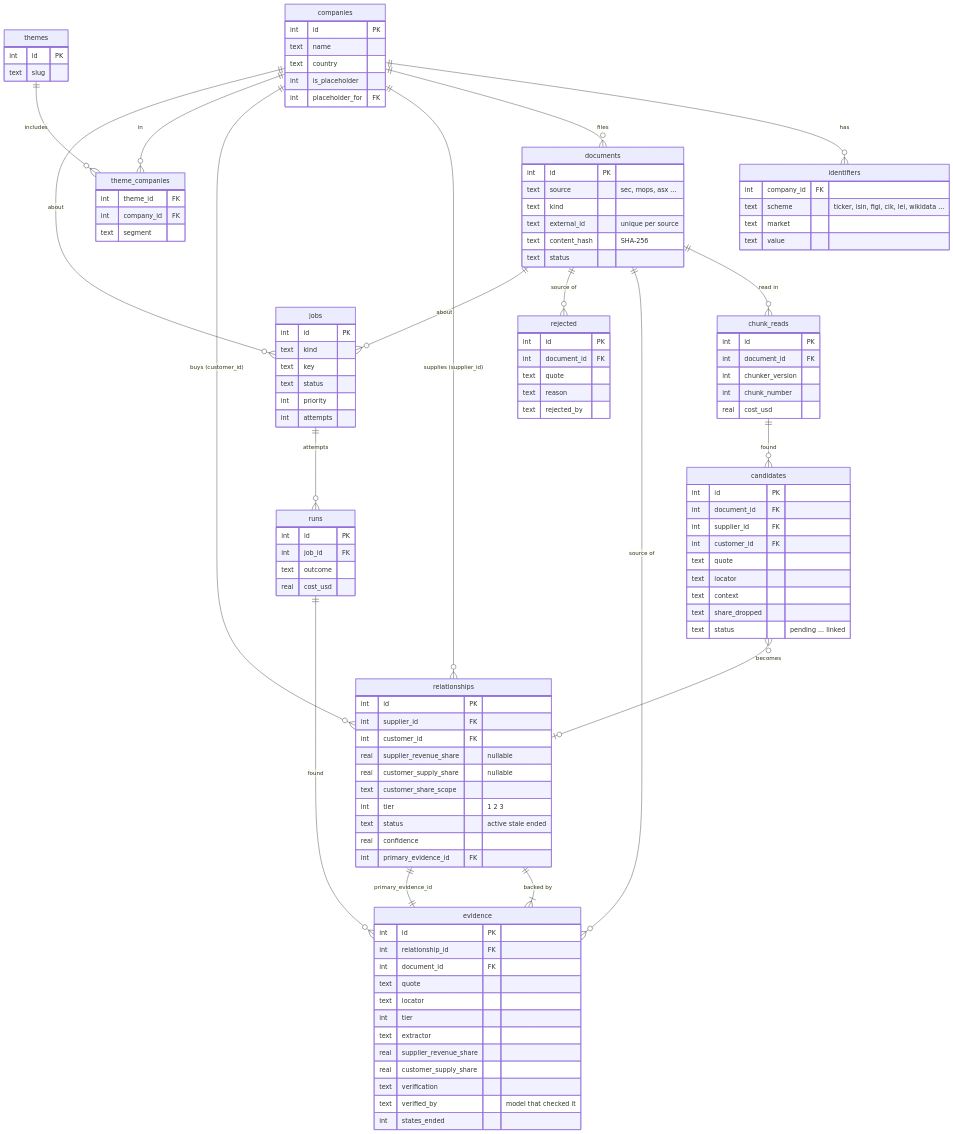
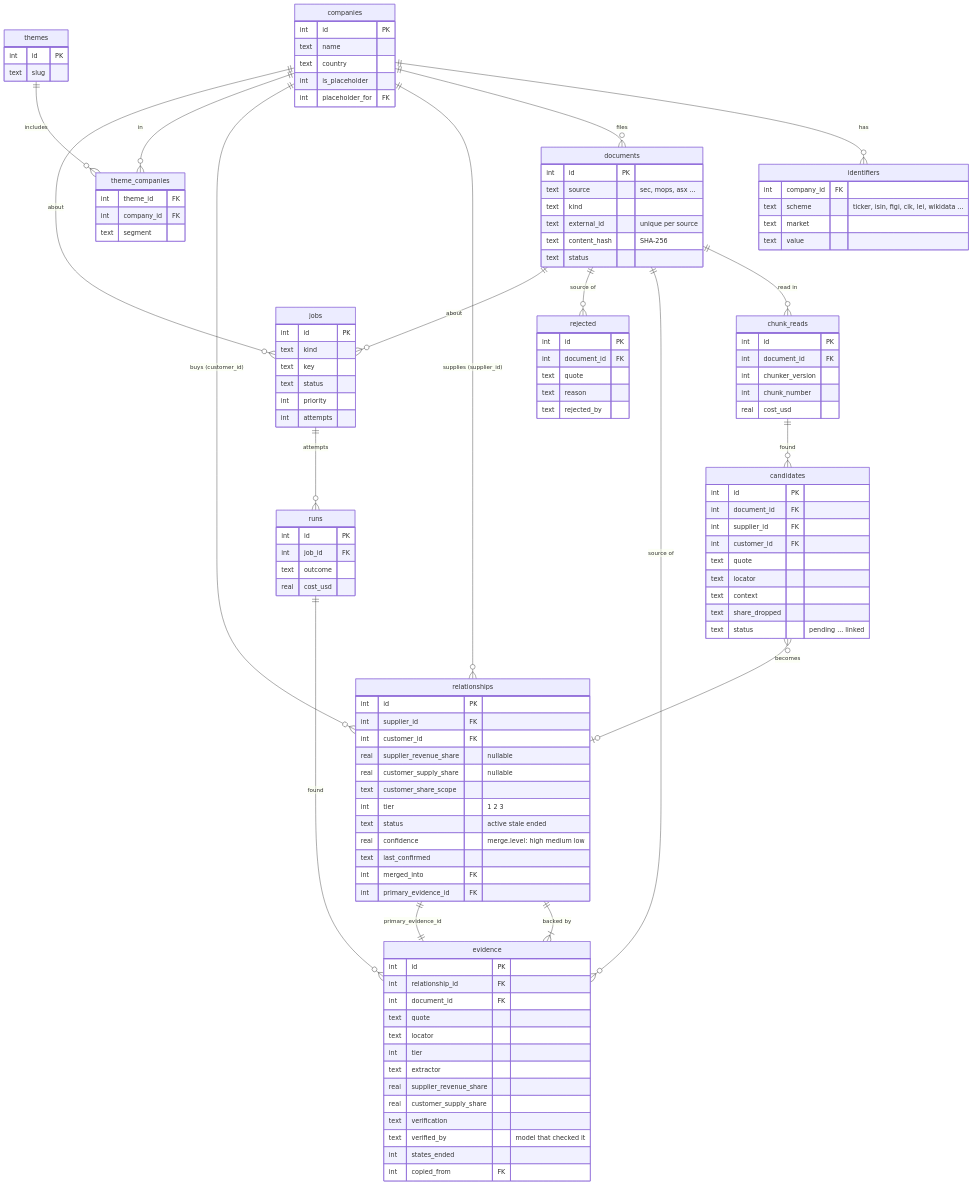
The diagram in docs/supply-chain-graph.md (Indomie-glitch/ibkr-portfolio-manager), drawn with Mermaid before and after one commit. The commit also changed other lines of this file and 3 other files, not shown here.

```diff
--- a/docs/supply-chain-graph.md
+++ b/docs/supply-chain-graph.md
@@ -88,7 +88,9 @@
         text customer_share_scope
         int tier "1 2 3"
         text status "active stale ended"
-        real confidence
+        real confidence "merge.level: high medium low"
+        text last_confirmed
+        int merged_into FK
         int primary_evidence_id FK }
     evidence { int id PK
         int relationship_id FK
@@ -101,7 +103,8 @@
         real customer_supply_share
         text verification
         text verified_by "model that checked it"
-        int states_ended }
+        int states_ended
+        int copied_from FK }
     rejected { int id PK
         int document_id FK
         text quote
```
